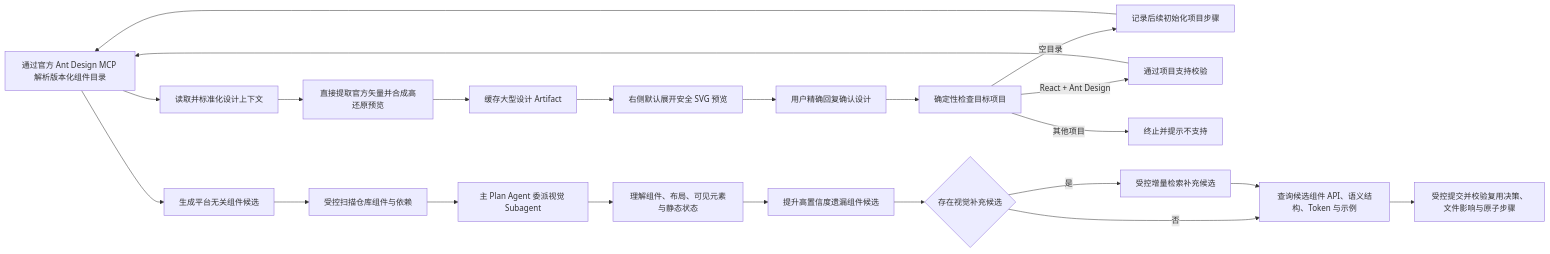
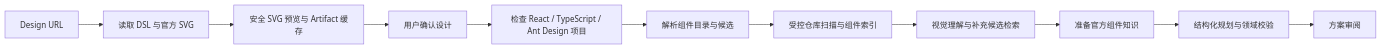
The diagram in README.md (hyy215/ui-forge), drawn with Mermaid before and after one commit. The commit also changed other lines of this file and 31 other files, not shown here.

````diff
--- a/README.md
+++ b/README.md
@@ -9,24 +13,13 @@
 ```mermaid
 flowchart LR
-    A[输入 Design URL] --> B[读取并标准化设计上下文]
-    B --> P[直接提取官方矢量并合成高还原预览]
-    P --> C[缓存大型设计 Artifact]
-    C --> D[右侧默认展开安全 SVG 预览]
-    D --> E[用户精确回复确认设计]
-    E --> G[确定性检查目标项目]
-    G -->|空目录| H[记录后续初始化项目步骤]
-    G -->|React + Ant Design| I[通过项目支持校验]
-    G -->|其他项目| J[终止并提示不支持]
-    H --> A[通过官方 Ant Design MCP 解析版本化组件目录]
-    I --> A
-    A --> K[生成平台无关组件候选]
-    K --> R[受控扫描仓库组件与依赖]
-    R --> L[主 Plan Agent 委派视觉 Subagent]
-    L --> M[理解组件、布局、可见元素与静态状态]
-    M --> O[提升高置信度遗漏组件候选]
-    O --> S{存在视觉补充候选}
-    S -->|是| T[受控增量检索补充候选]
-    S -->|否| Q[查询候选组件 API、语义结构、Token 与示例]
-    T --> Q
-    Q --> N[受控提交并校验复用决策、文件影响与原子步骤]
+    A[Design URL] --> B[读取 DSL 与官方 SVG]
+    B --> C[安全 SVG 预览与 Artifact 缓存]
+    C --> D[用户确认设计]
+    D --> E[检查 React / TypeScript / Ant Design 项目]
+    E --> F[解析组件目录与候选]
+    F --> G[受控仓库扫描与组件索引]
+    G --> H[视觉理解与补充候选检索]
+    H --> I[准备官方组件知识]
+    I --> J[结构化规划与领域校验]
+    J --> K[方案审阅]
 ```
````
